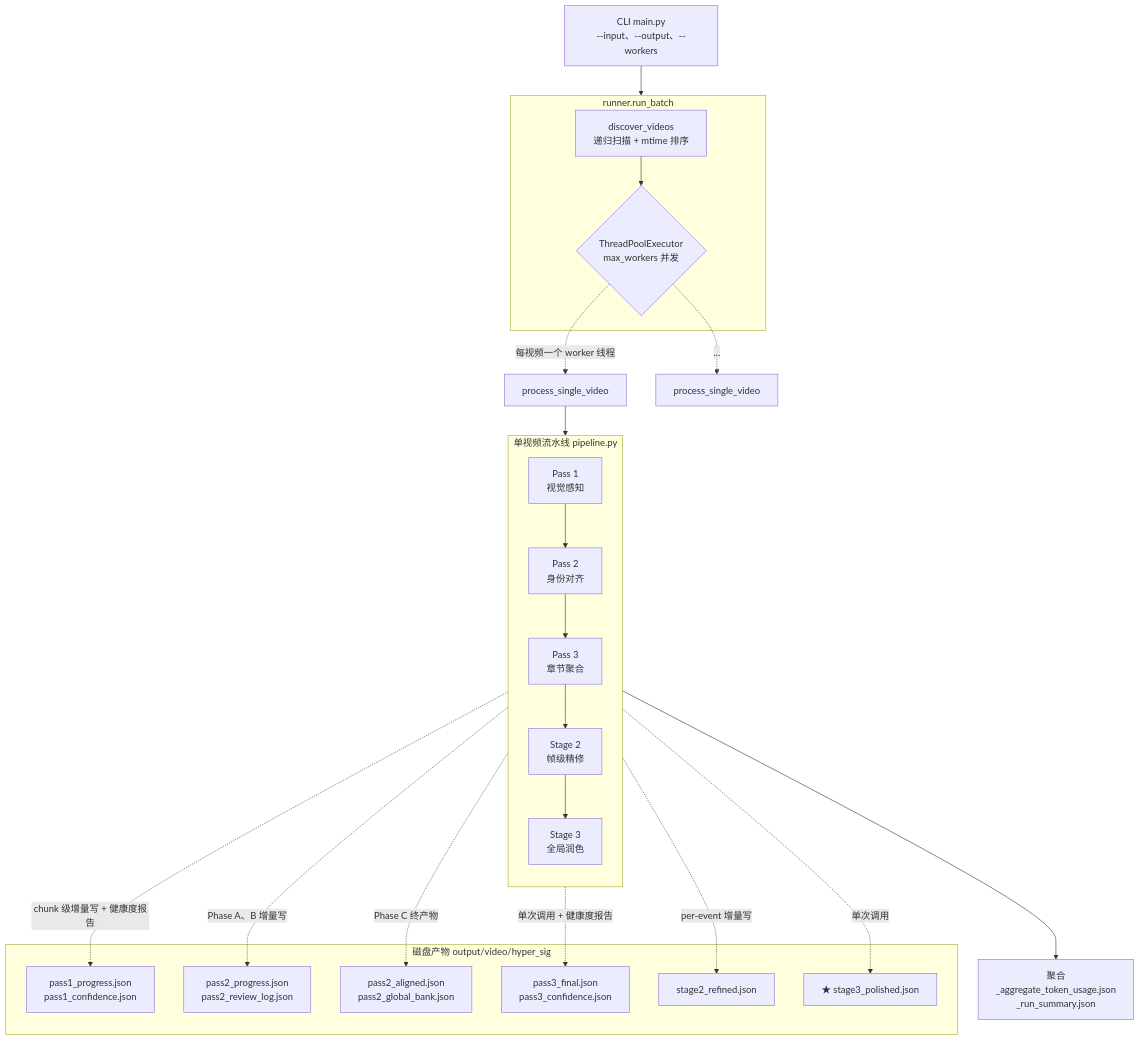
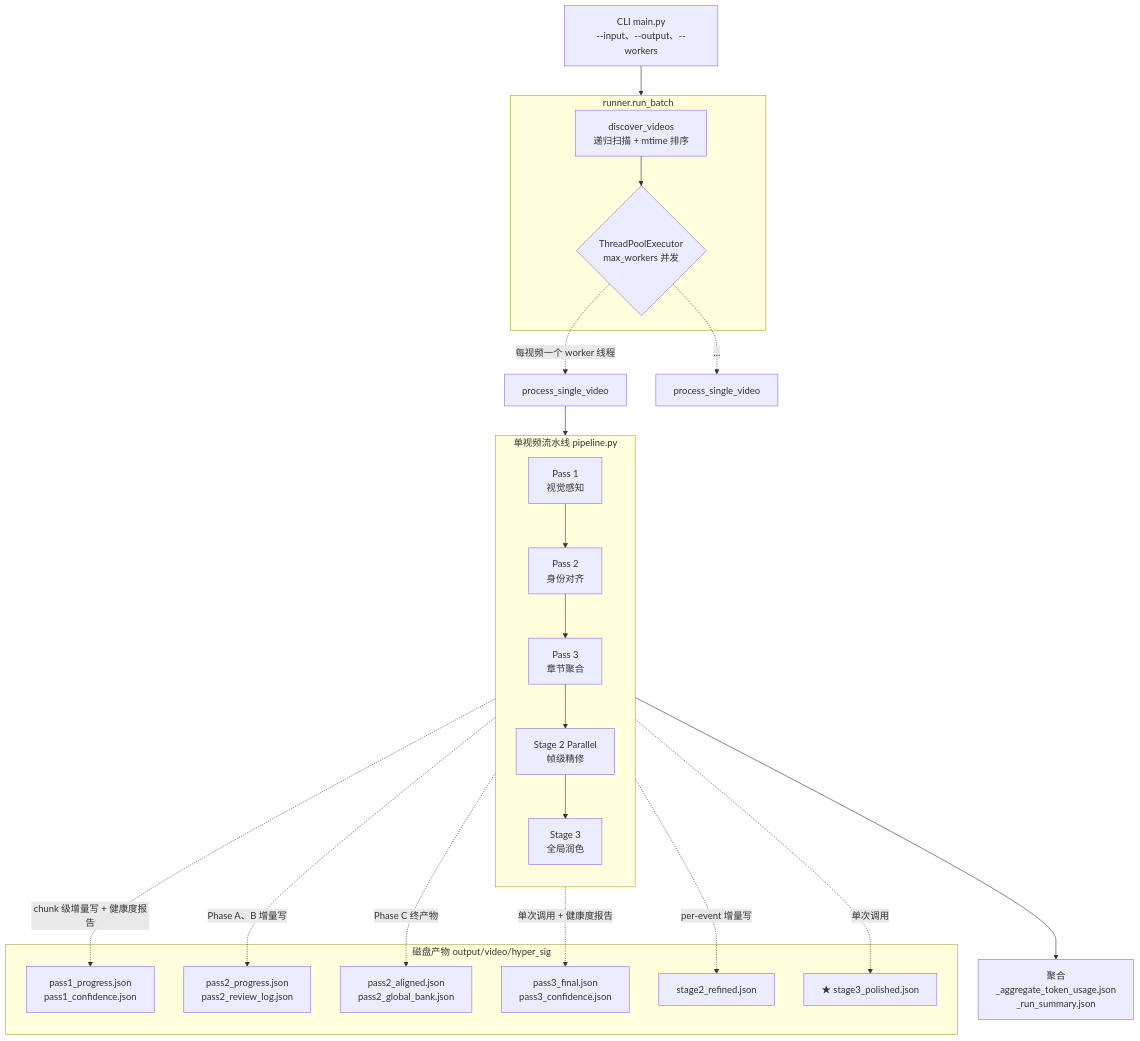
Before and after one commit to warmheartHoward/LongVideoCaption: the first of 4 diagrams in README.md, drawn with Mermaid. The commit also changed other lines of this file and 4 other files, not shown here.

Commit message:
support stage2 parallel

````diff
--- a/README.md
+++ b/README.md
@@ -10,43 +10,43 @@
 ```mermaid
 flowchart TB
     CLI["CLI main.py<br/>--input、--output、--workers"] --> Runner
 
     subgraph Runner["runner.run_batch"]
         Disc["discover_videos<br/>递归扫描 + mtime 排序"]
         Pool{"ThreadPoolExecutor<br/>max_workers 并发"}
         Disc --> Pool
     end
 
     Pool -.->|"每视频一个 worker 线程"| Pipe1["process_single_video"]
     Pool -.->|"..."| PipeN["process_single_video"]
 
     subgraph PerVideo["单视频流水线 pipeline.py"]
         direction TB
         P1["Pass 1<br/>视觉感知"]
         P2["Pass 2<br/>身份对齐"]
         P3["Pass 3<br/>章节聚合"]
-        S2["Stage 2<br/>帧级精修"]
+        S2["Stage 2 Parallel<br/>帧级精修"]
         S3["Stage 3<br/>全局润色"]
         P1 --> P2 --> P3 --> S2 --> S3
     end
 
     Pipe1 --> PerVideo
 
     subgraph Artifacts["磁盘产物 output/video/hyper_sig"]
         F1["pass1_progress.json<br/>pass1_confidence.json"]
         F2["pass2_progress.json<br/>pass2_review_log.json"]
         F3["pass2_aligned.json<br/>pass2_global_bank.json"]
         F4["pass3_final.json<br/>pass3_confidence.json"]
         F5["stage2_refined.json"]
         F6["★ stage3_polished.json"]
     end
 
     P1 -.->|"chunk 级增量写 + 健康度报告"| F1
     P2 -.->|"Phase A、B 增量写"| F2
     P2 -.->|"Phase C 终产物"| F3
     P3 -.->|"单次调用 + 健康度报告"| F4
     S2 -.->|"per-event 增量写"| F5
     S3 -.->|"单次调用"| F6
 
     PerVideo --> Agg["聚合<br/>_aggregate_token_usage.json<br/>_run_summary.json"]
 ```
````
